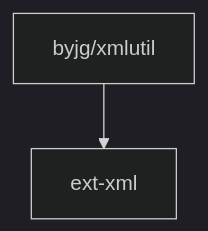
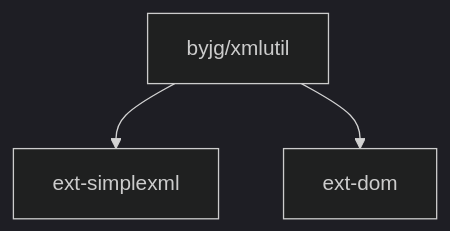
Before and after one commit to byjg/php-xmlutil: the diagram in README.md, drawn with Mermaid (dark theme). The commit also changed 4 other files, not shown here.

````diff
--- a/README.md
+++ b/README.md
@@ -119,4 +119,5 @@
 ```mermaid
 flowchart TD
-    byjg/xmlutil --> ext-xml
+    byjg/xmlutil --> ext-simplexml
+    byjg/xmlutil --> ext-dom
 ```
````
